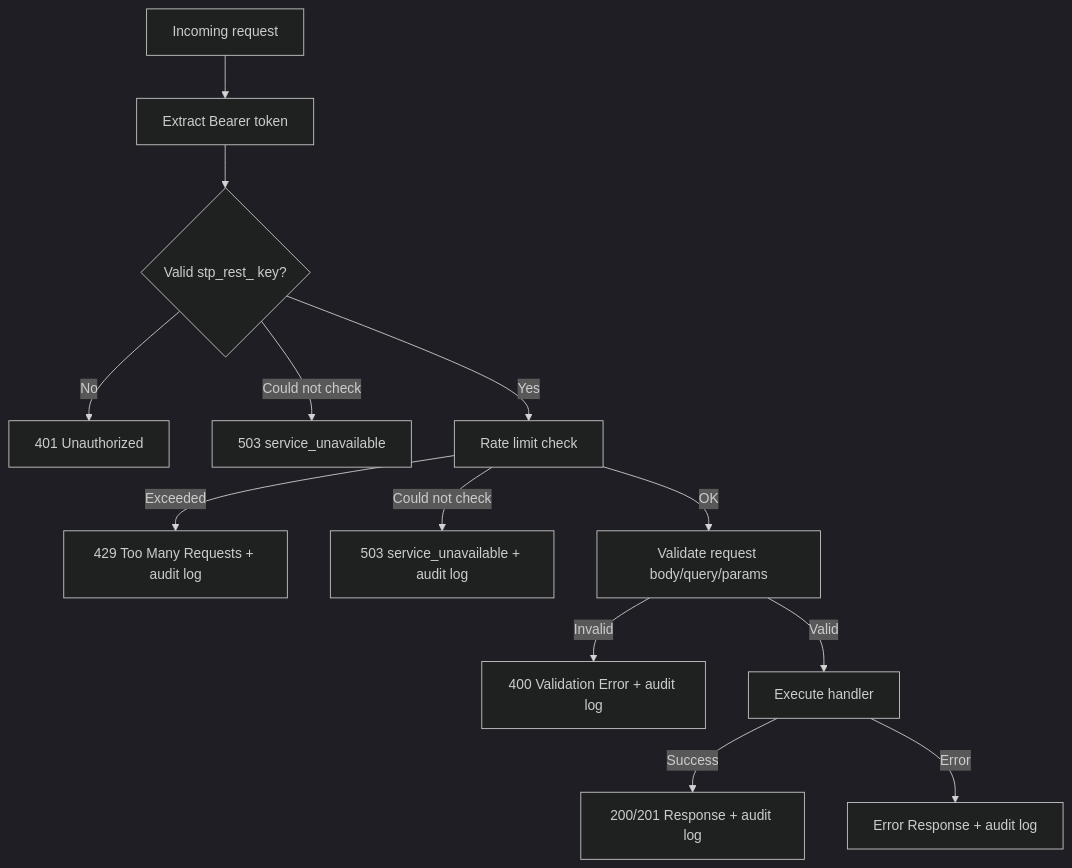
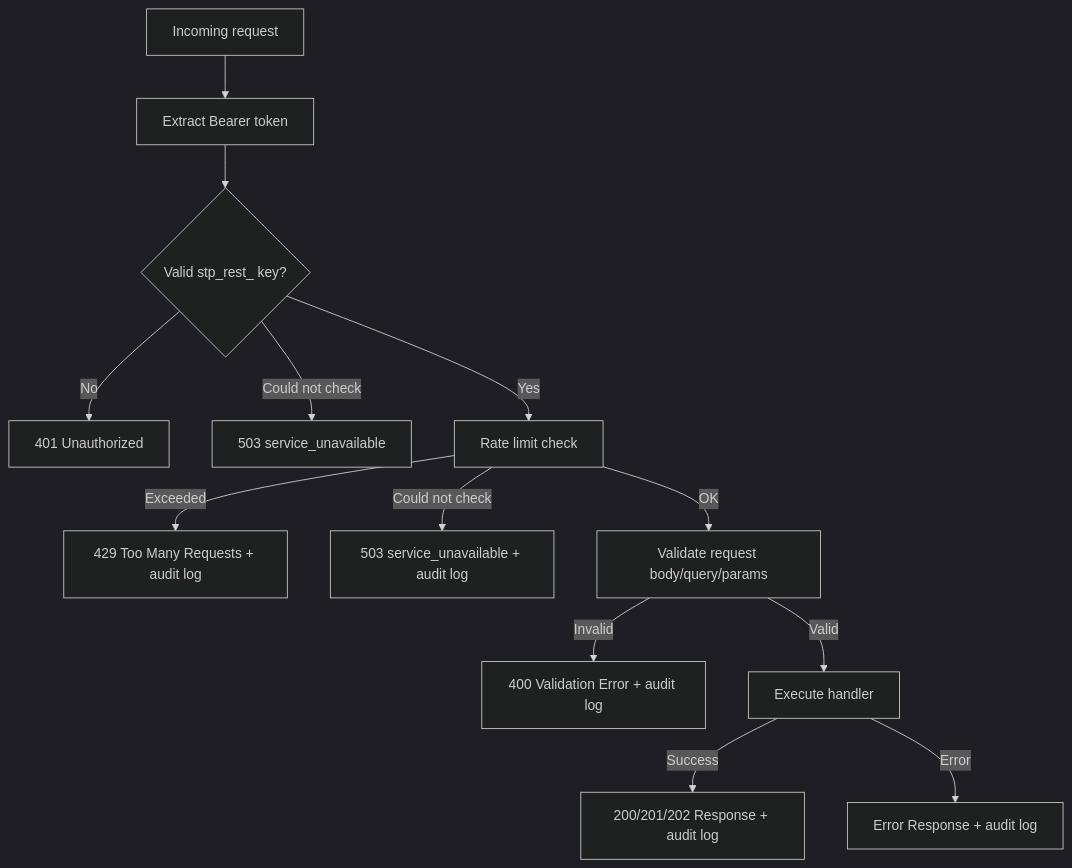
One commit to Andy00L/sharetopus changed the diagram in docs/REST.md. Above: the diagram before and after it, drawn with Mermaid (dark theme). The commit also changed other lines of this file and 12 other files, not shown here.

````diff
--- a/docs/REST.md
+++ b/docs/REST.md
@@ -121,15 +121,15 @@
 ```mermaid
 flowchart TD
     A[Incoming request] --> B[Extract Bearer token]
     B --> C{Valid stp_rest_ key?}
     C -->|No| D[401 Unauthorized]
     C -->|Could not check| D2[503 service_unavailable]
     C -->|Yes| E[Rate limit check]
     E -->|Exceeded| F[429 Too Many Requests + audit log]
     E -->|Could not check| F2[503 service_unavailable + audit log]
     E -->|OK| G[Validate request body/query/params]
     G -->|Invalid| H[400 Validation Error + audit log]
     G -->|Valid| I[Execute handler]
-    I -->|Success| J[200/201 Response + audit log]
+    I -->|Success| J[200/201/202 Response + audit log]
     I -->|Error| K[Error Response + audit log]
 ```
````
